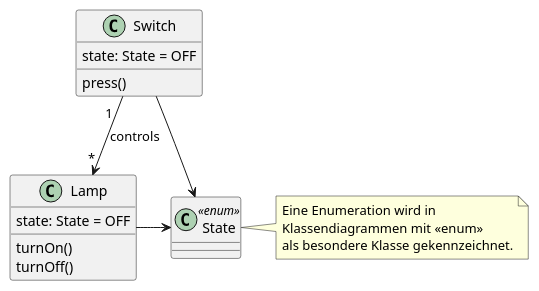
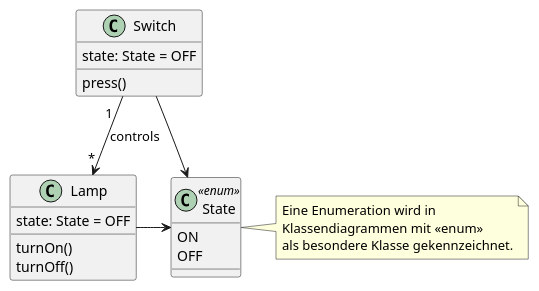
Before and after one commit to andrebauer/unterricht: the third of 5 diagrams in docs/anwendungsentwicklung/oop-java-einstieg/information-objektorientierte-modellierung.adoc, drawn with PlantUML. The commit also changed other lines of this file and 14 other files, not shown here.

```diff
--- a/docs/anwendungsentwicklung/oop-java-einstieg/information-objektorientierte-modellierung.adoc
+++ b/docs/anwendungsentwicklung/oop-java-einstieg/information-objektorientierte-modellierung.adoc
@@ -124,24 +126,27 @@
 [plantuml, {prefix}-klassendiagramm-schalter-lampe-enum, svg]
 ....
 class "Switch" as switch1 {
   state: State = OFF
   press()
 } 
 
 class "Lamp" as lamp1 {
   state: State = OFF
   turnOn()
   turnOff()
 }
 
-class "State" << enum >> 
+class "State" << enum >> {
+  ON
+  OFF
+}
 note right
   Eine Enumeration wird in
   Klassendiagrammen mit «enum»
   als besondere Klasse gekennzeichnet.
 end note
   
 switch1 "1  " --> "*" lamp1 : controls
 switch1 -> State
 lamp1 -> State
 ....
```
